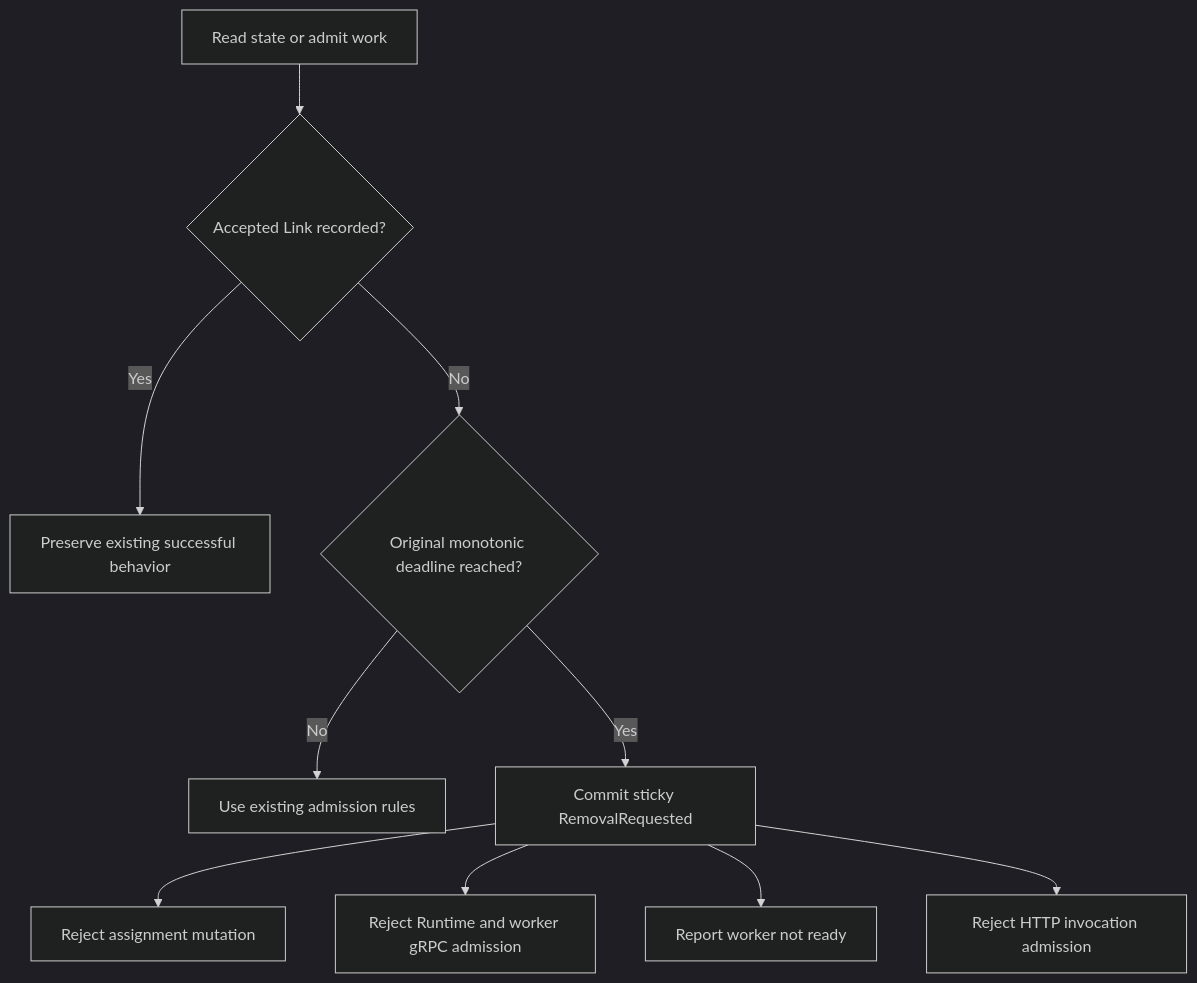
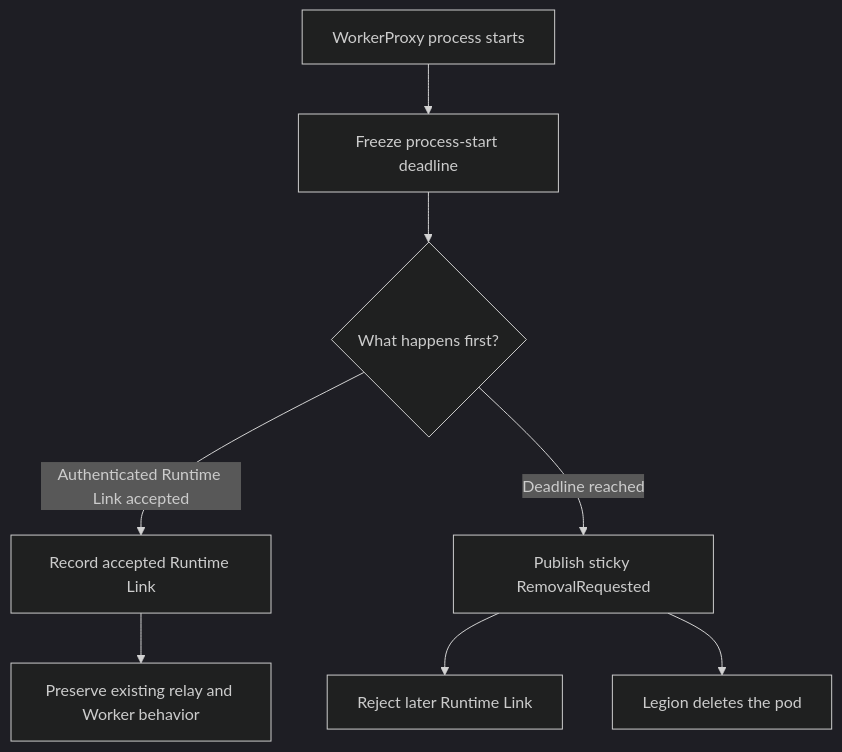
The third of 4 diagrams in tools/ComputeSeparation/byoc-worker-never-linked-cleanup.md (Azure/azure-functions-host), drawn with Mermaid (dark theme) before and after one commit. The commit also changed other lines of this file and 11 other files, not shown here.

Commit message:
Narrow W1 to Runtime Link

````diff
--- a/tools/ComputeSeparation/byoc-worker-never-linked-cleanup.md
+++ b/tools/ComputeSeparation/byoc-worker-never-linked-cleanup.md
@@ -103,12 +103,10 @@
 ```mermaid
 flowchart TD
-    Entry[Read state or admit work] --> Accepted{Accepted Link recorded?}
-    Accepted -->|Yes| Existing[Preserve existing successful behavior]
-    Accepted -->|No| Expired{Original monotonic deadline reached?}
-    Expired -->|No| Current[Use existing admission rules]
-    Expired -->|Yes| Remove[Commit sticky RemovalRequested]
-    Remove --> Assignment[Reject assignment mutation]
-    Remove --> Grpc[Reject Runtime and worker gRPC admission]
-    Remove --> Ready[Report worker not ready]
-    Remove --> Http[Reject HTTP invocation admission]
+    Start[WorkerProxy process starts] --> Deadline[Freeze process-start deadline]
+    Deadline --> Race{What happens first?}
+    Race -->|Authenticated Runtime Link accepted| Linked[Record accepted Runtime Link]
+    Race -->|Deadline reached| Remove[Publish sticky RemovalRequested]
+    Linked --> Preserve[Preserve existing relay and Worker behavior]
+    Remove --> Reject[Reject later Runtime Link]
+    Remove --> Legion[Legion deletes the pod]
 ```
````
